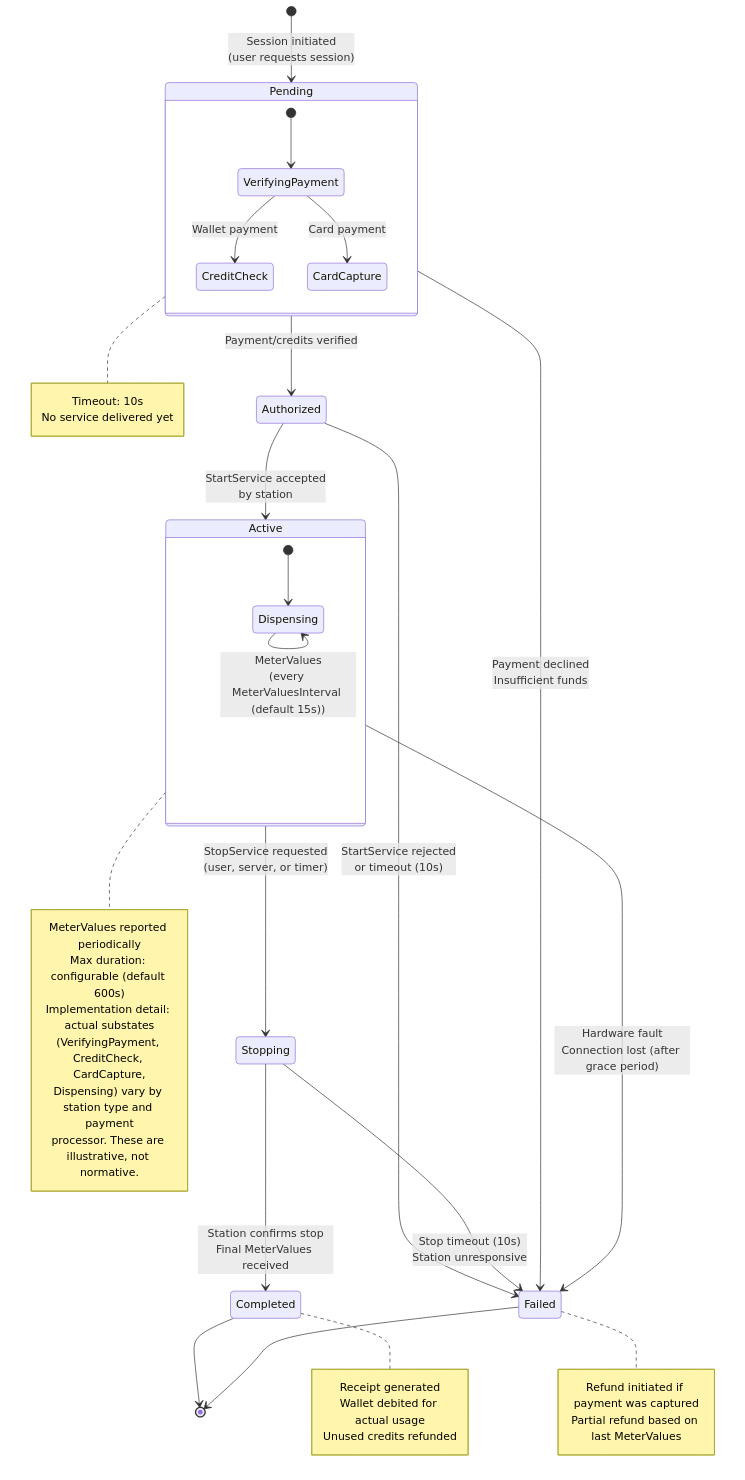
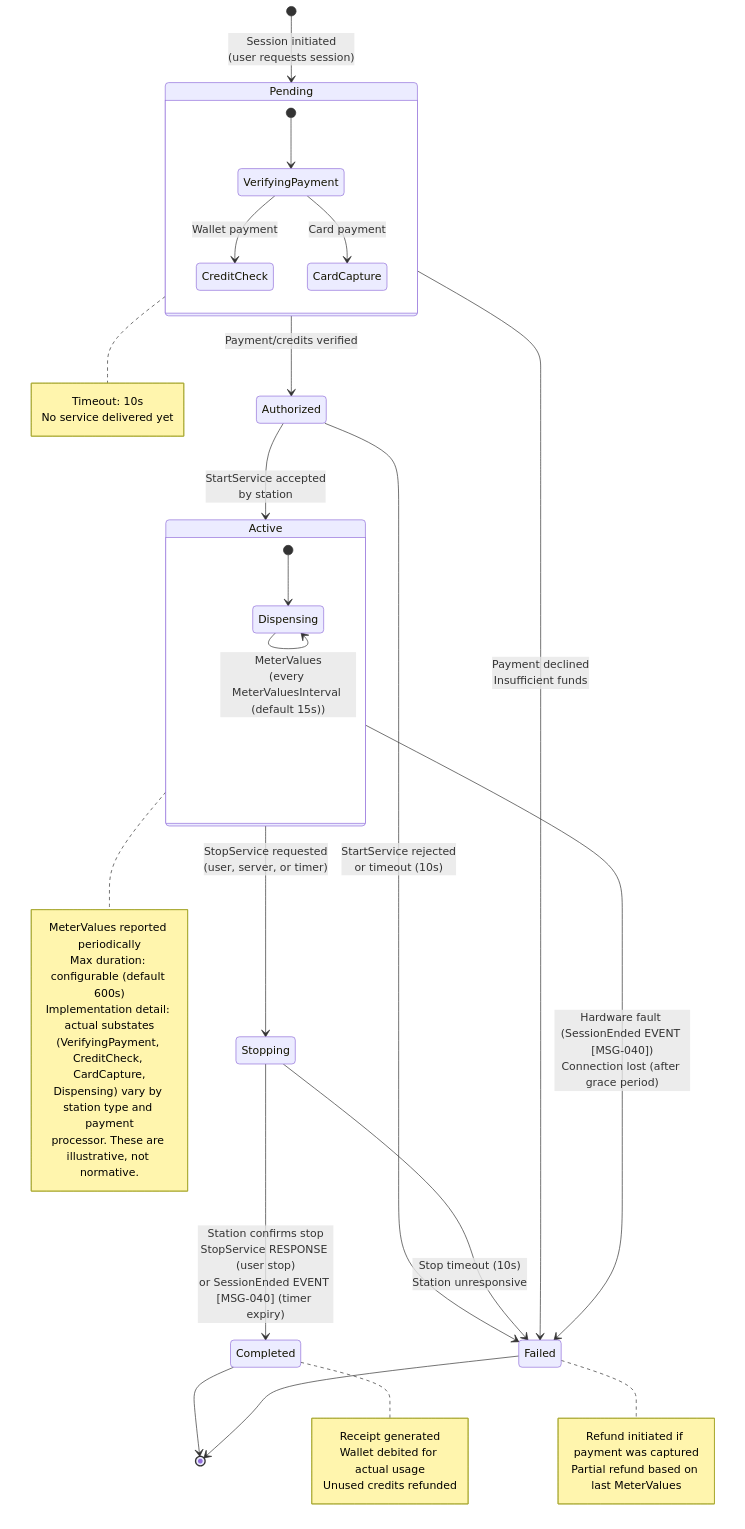
The diagram in diagrams/state-machine-session.mmd (ospp-org/spec), drawn with Mermaid before and after one commit. The commit also changed 4 other files, not shown here.

Commit message:
fix: update implementors guide, diagrams, error scenario and add TC-TX-007 for SessionEnded EVENT

```diff
--- a/diagrams/state-machine-session.mmd
+++ b/diagrams/state-machine-session.mmd
@@ -1,56 +1,56 @@
 %% OSPP Session Lifecycle State Machine
 %% Reference: spec/05-state-machines.md, Section 2
 
 stateDiagram-v2
     [*] --> Pending : Session initiated<br/>(user requests session)
 
     Pending --> Authorized : Payment/credits verified
     Pending --> Failed : Payment declined<br/>Insufficient funds
 
     Authorized --> Active : StartService accepted<br/>by station
     Authorized --> Failed : StartService rejected<br/>or timeout (10s)
 
     Active --> Stopping : StopService requested<br/>(user, server, or timer)
-    Active --> Failed : Hardware fault<br/>Connection lost (after grace period)
+    Active --> Failed : Hardware fault (SessionEnded EVENT [MSG-040])<br/>Connection lost (after grace period)
 
-    Stopping --> Completed : Station confirms stop<br/>Final MeterValues received
+    Stopping --> Completed : Station confirms stop<br/>StopService RESPONSE (user stop)<br/>or SessionEnded EVENT [MSG-040] (timer expiry)
     Stopping --> Failed : Stop timeout (10s)<br/>Station unresponsive
 
     Completed --> [*]
     Failed --> [*]
 
     state Pending {
         [*] --> VerifyingPayment
         VerifyingPayment --> CreditCheck : Wallet payment
         VerifyingPayment --> CardCapture : Card payment
     }
 
     state Active {
         [*] --> Dispensing
         Dispensing --> Dispensing : MeterValues<br/>(every MeterValuesInterval (default 15s))
     }
 
     note right of Pending
         Timeout: 10s
         No service delivered yet
     end note
 
     note right of Active
         MeterValues reported periodically
         Max duration: configurable (default 600s)
         Implementation detail: actual substates
         (VerifyingPayment, CreditCheck, CardCapture,
         Dispensing) vary by station type and payment
         processor. These are illustrative, not normative.
     end note
 
     note right of Completed
         Receipt generated
         Wallet debited for actual usage
         Unused credits refunded
     end note
 
     note right of Failed
         Refund initiated if payment was captured
         Partial refund based on last MeterValues
     end note
```
